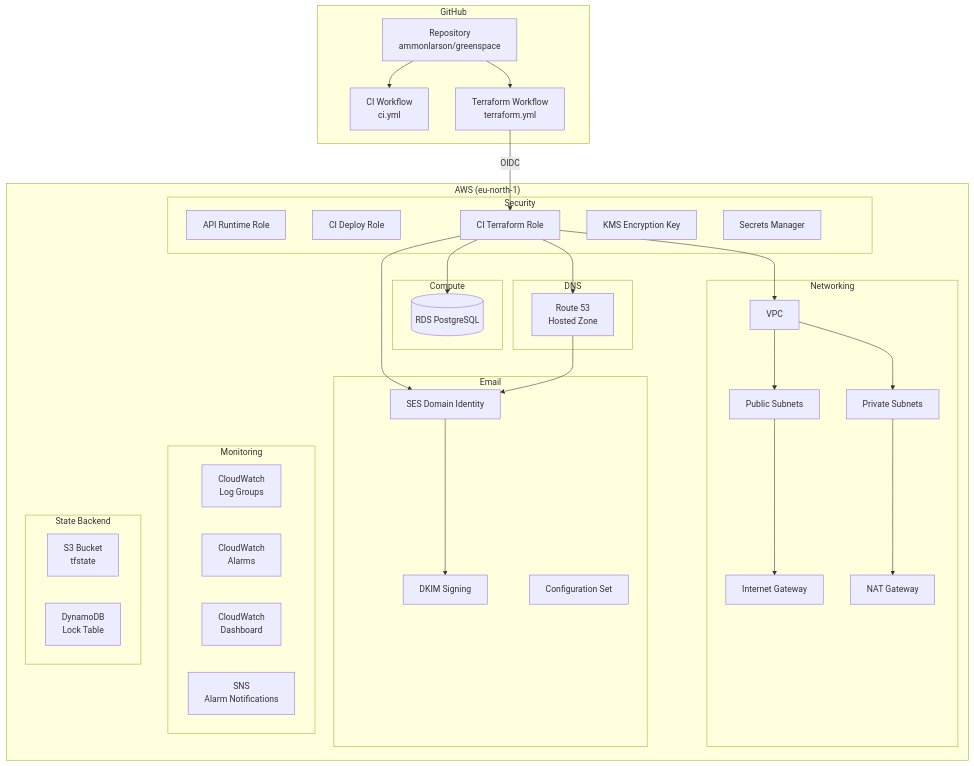
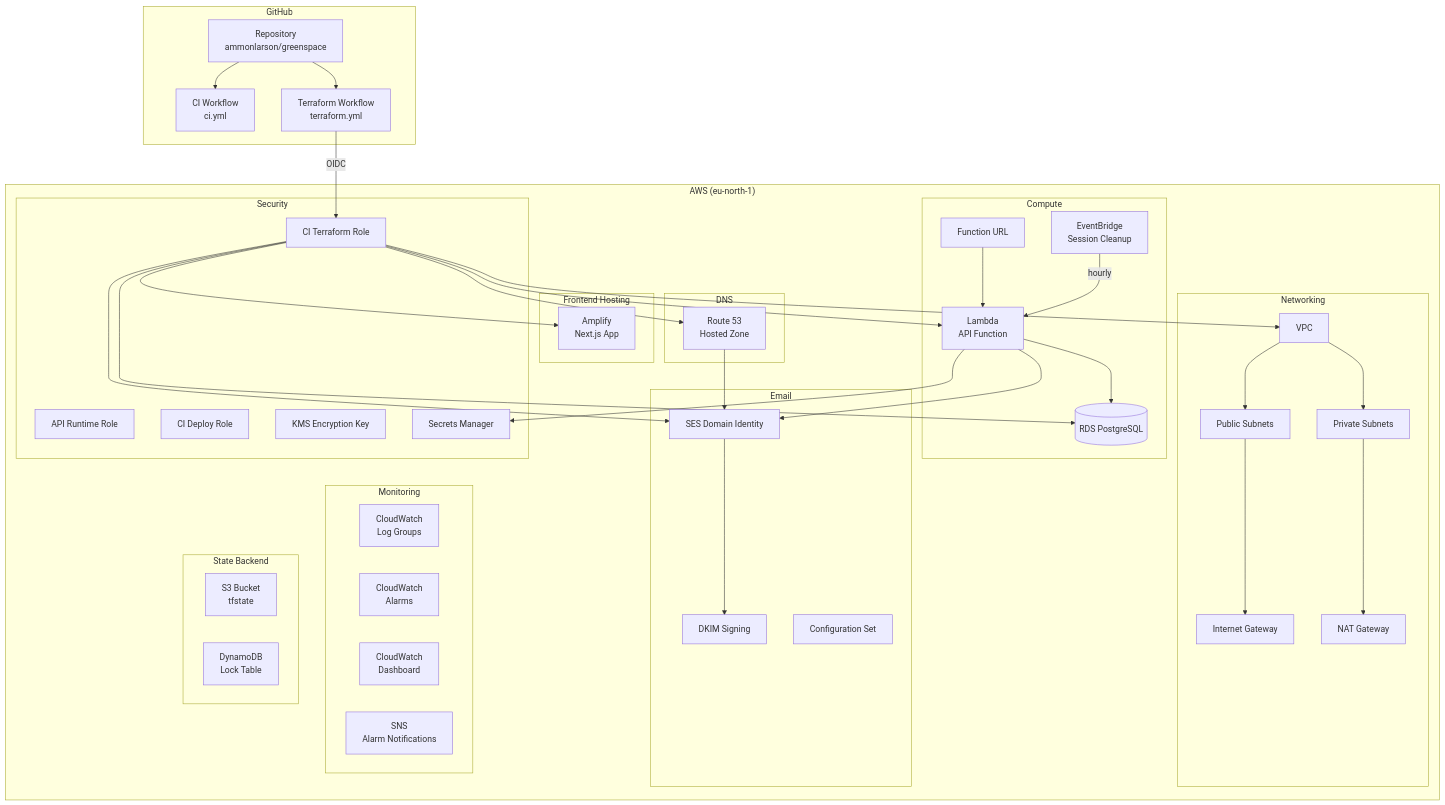
Before and after one commit to ammonlarson/greenspace: the fifth of 6 diagrams in docs/architecture.md, drawn with Mermaid. The commit also changed other lines of this file and 4 other files, not shown here.

````diff
--- a/docs/architecture.md
+++ b/docs/architecture.md
@@ -250,66 +259,80 @@
 ```mermaid
 graph TB
     subgraph "GitHub"
         REPO[Repository<br/>ammonlarson/greenspace]
         CI[CI Workflow<br/>ci.yml]
         TF_WF[Terraform Workflow<br/>terraform.yml]
     end
 
     subgraph "AWS (eu-north-1)"
         subgraph "Networking"
             VPC[VPC]
             PUB_SUB[Public Subnets]
             PRIV_SUB[Private Subnets]
             IGW[Internet Gateway]
             NAT[NAT Gateway]
         end
 
         subgraph "Compute"
+            LAMBDA[Lambda<br/>API Function]
+            LAMBDA_URL[Function URL]
+            EB[EventBridge<br/>Session Cleanup]
             RDS[(RDS PostgreSQL)]
+        end
+
+        subgraph "Frontend Hosting"
+            AMPLIFY[Amplify<br/>Next.js App]
         end
 
         subgraph "Email"
             SES_ID[SES Domain Identity]
             SES_DKIM[DKIM Signing]
             SES_CS[Configuration Set]
         end
 
         subgraph "DNS"
             R53[Route 53<br/>Hosted Zone]
         end
 
         subgraph "Security"
             IAM_API[API Runtime Role]
             IAM_CI[CI Deploy Role]
             IAM_TF[CI Terraform Role]
             KMS[KMS Encryption Key]
             SECRETS[Secrets Manager]
         end
 
         subgraph "Monitoring"
             CW[CloudWatch<br/>Log Groups]
             ALARMS[CloudWatch<br/>Alarms]
             DASH[CloudWatch<br/>Dashboard]
             SNS[SNS<br/>Alarm Notifications]
         end
 
         subgraph "State Backend"
             S3[S3 Bucket<br/>tfstate]
             DDB[DynamoDB<br/>Lock Table]
         end
     end
 
     REPO --> CI
     REPO --> TF_WF
     TF_WF -->|OIDC| IAM_TF
     IAM_TF --> VPC
+    IAM_TF --> LAMBDA
     IAM_TF --> RDS
     IAM_TF --> SES_ID
     IAM_TF --> R53
+    IAM_TF --> AMPLIFY
+    LAMBDA_URL --> LAMBDA
+    EB -->|hourly| LAMBDA
+    LAMBDA --> RDS
+    LAMBDA --> SES_ID
+    LAMBDA --> SECRETS
     VPC --> PUB_SUB
     VPC --> PRIV_SUB
     PUB_SUB --> IGW
     PRIV_SUB --> NAT
     R53 --> SES_ID
     SES_ID --> SES_DKIM
 ```
````
